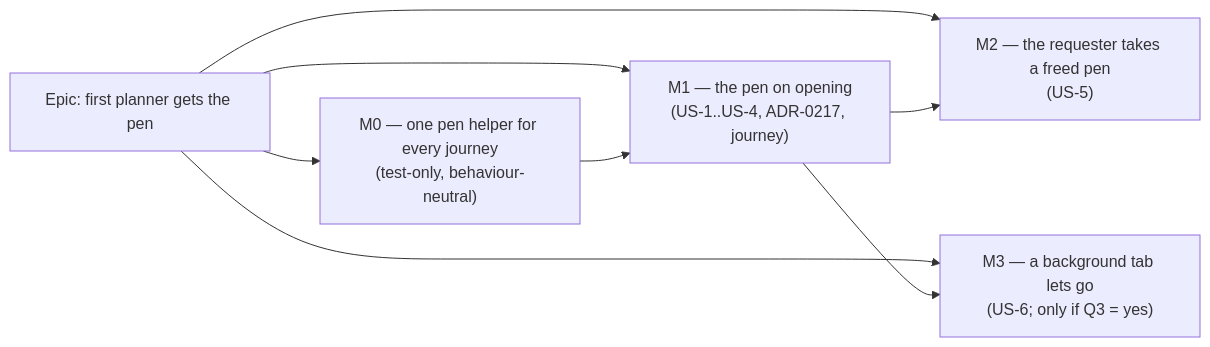
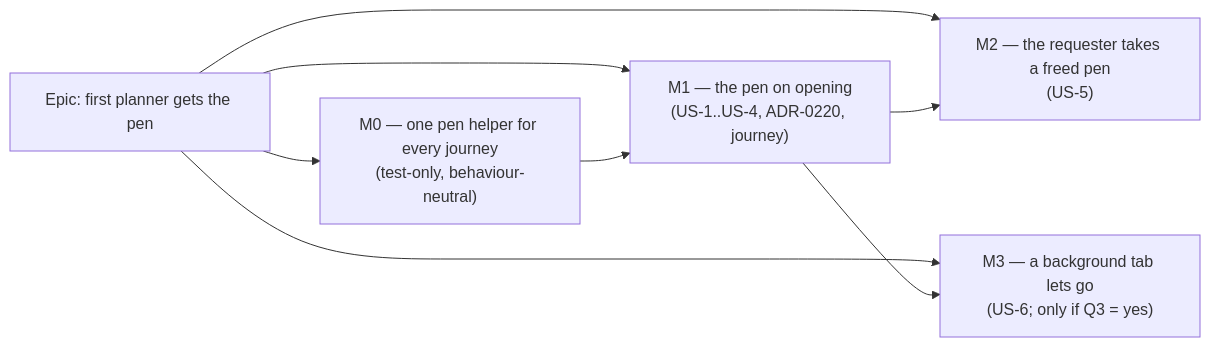
One commit to HuttonHomeHub/SchedulePoint_1 changed the diagram in docs/specs/first-planner-gets-the-pen/implementation-plan.md. Above: the diagram before and after it, drawn with Mermaid. The commit also changed other lines of this file and 3 other files, not shown here.

````diff
--- a/docs/specs/first-planner-gets-the-pen/implementation-plan.md
+++ b/docs/specs/first-planner-gets-the-pen/implementation-plan.md
@@ -9,9 +9,9 @@
 ```mermaid
 flowchart LR
   E["Epic: first planner gets the pen"] --> M0["M0 — one pen helper for every journey<br/>(test-only, behaviour-neutral)"]
-  E --> M1["M1 — the pen on opening<br/>(US-1..US-4, ADR-0217, journey)"]
+  E --> M1["M1 — the pen on opening<br/>(US-1..US-4, ADR-0220, journey)"]
   E --> M2["M2 — the requester takes a freed pen<br/>(US-5)"]
   E --> M3["M3 — a background tab lets go<br/>(US-6; only if Q3 = yes)"]
   M0 --> M1 --> M2
   M1 --> M3
 ```
````
